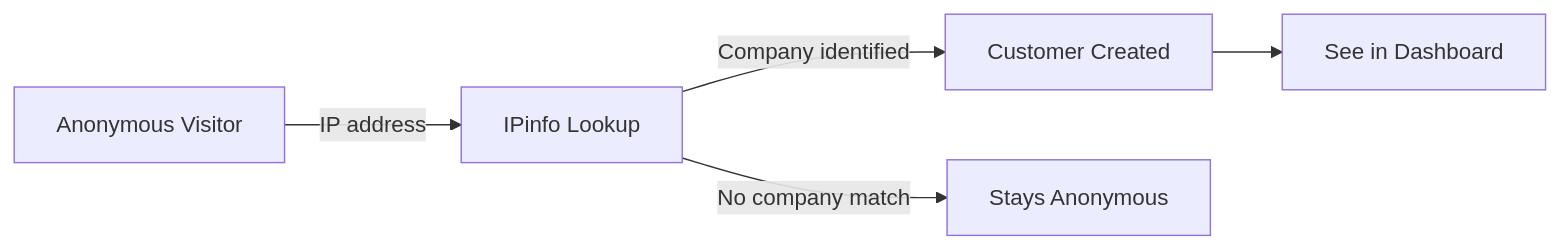
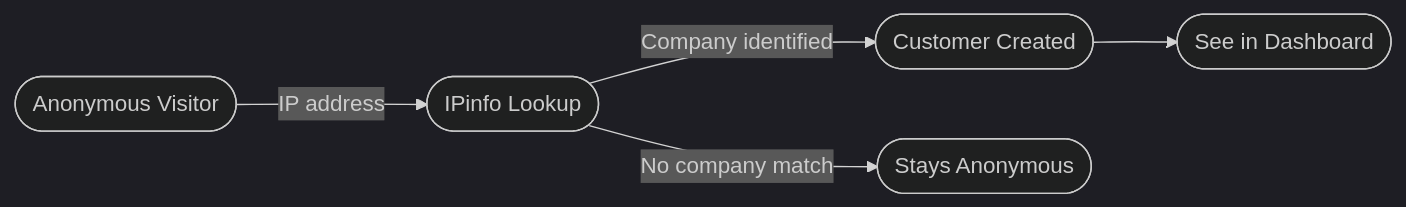
The second of 2 diagrams in docs/concepts/anonymous-tracking.mdx (OutlitAI/outlit-sdk), drawn with Mermaid before and after one commit. The commit also changed other lines of this file and 3 other files, not shown here.

````diff
--- a/docs/concepts/anonymous-tracking.mdx
+++ b/docs/concepts/anonymous-tracking.mdx
@@ -143,7 +142,8 @@
 ```mermaid
+%%{init: {'theme': 'dark', 'flowchart': {'nodeSpacing': 50, 'rankSpacing': 60, 'curve': 'basis', 'padding': 15}}}%%
 flowchart LR
-    A[Anonymous Visitor] -->|IP address| B[IPinfo Lookup]
-    B -->|Company identified| C[Customer Created]
-    C --> D[See in Dashboard]
-    B -->|No company match| E[Stays Anonymous]
+    A([Anonymous Visitor]) -->|IP address| B([IPinfo Lookup])
+    B -->|Company identified| C([Customer Created])
+    C --> D([See in Dashboard])
+    B -->|No company match| E([Stays Anonymous])
 ```
````
